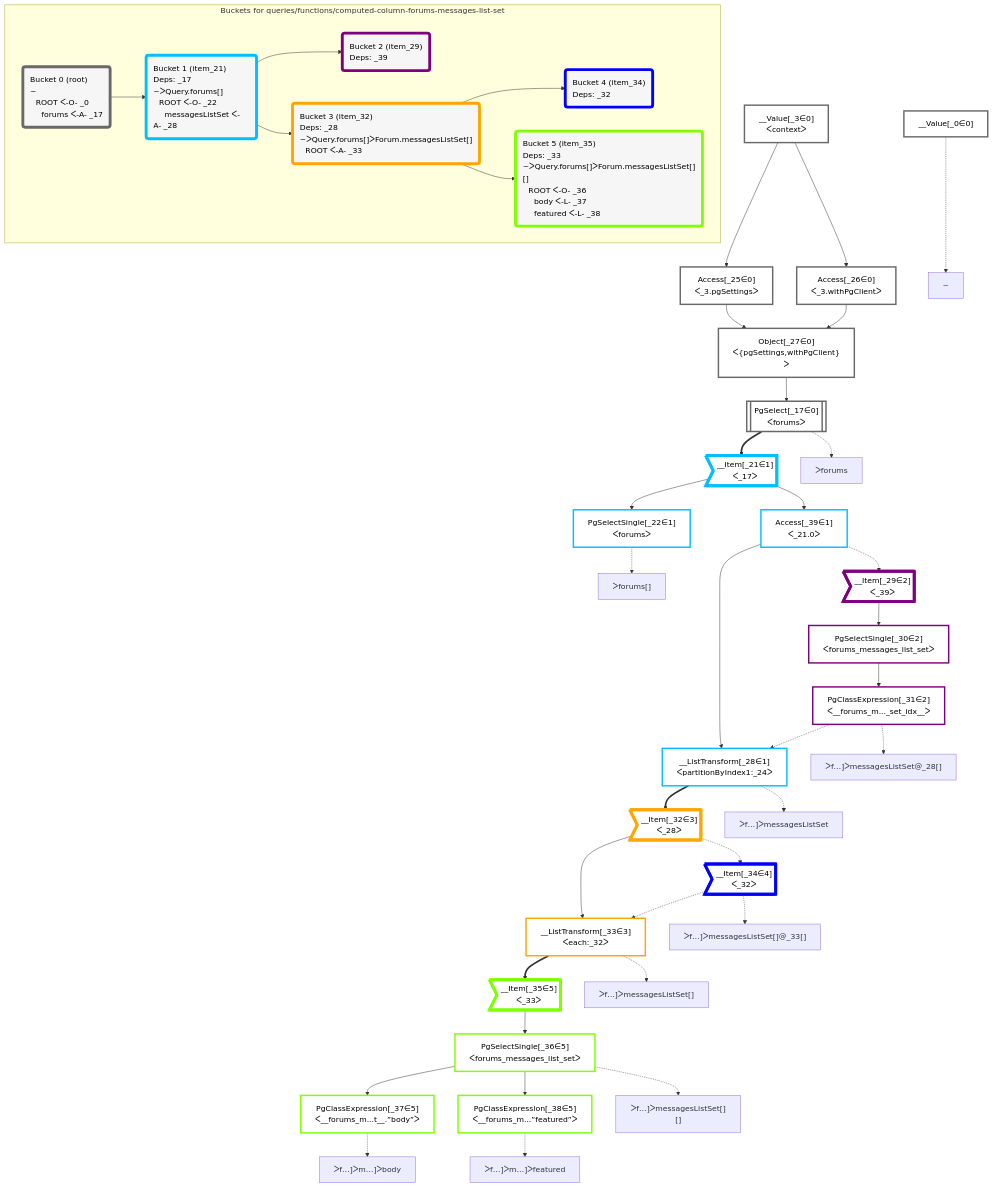
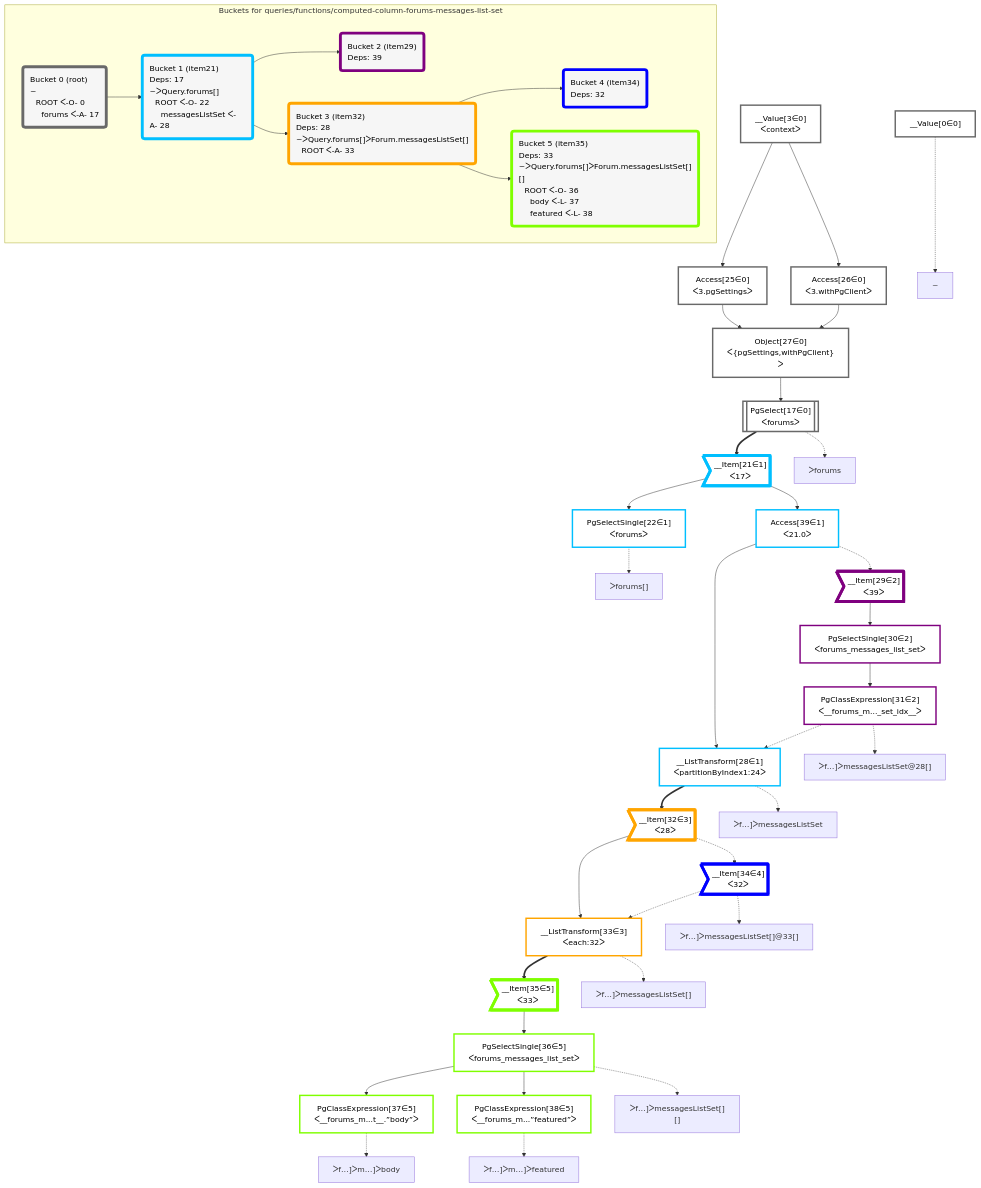
Before and after one commit to graphile/crystal: the diagram in packages/dataplan-pg/__tests__/queries/functions/computed-column-forums-messages-list-set.mermaid.md, drawn with Mermaid. The commit also changed 195 other files, not shown here.

```diff
--- a/packages/dataplan-pg/__tests__/queries/functions/computed-column-forums-messages-list-set.mermaid.md
+++ b/packages/dataplan-pg/__tests__/queries/functions/computed-column-forums-messages-list-set.mermaid.md
@@ -8,90 +8,90 @@
 
 
     %% define plans
-    __Value_0["__Value[_0∈0]"]:::plan
-    PgSelectSingle_22["PgSelectSingle[_22∈1]<br />ᐸforumsᐳ"]:::plan
-    PgClassExpression_37["PgClassExpression[_37∈5]<br />ᐸ__forums_m...t__.”body”ᐳ"]:::plan
-    PgClassExpression_38["PgClassExpression[_38∈5]<br />ᐸ__forums_m...”featured”ᐳ"]:::plan
-    PgSelectSingle_36["PgSelectSingle[_36∈5]<br />ᐸforums_messages_list_setᐳ"]:::plan
-    __Item_35>"__Item[_35∈5]<br />ᐸ_33ᐳ"]:::itemplan
-    __ListTransform_33["__ListTransform[_33∈3]<br />ᐸeach:_32ᐳ"]:::plan
-    __Item_34>"__Item[_34∈4]<br />ᐸ_32ᐳ"]:::itemplan
-    __Item_32>"__Item[_32∈3]<br />ᐸ_28ᐳ"]:::itemplan
-    __ListTransform_28["__ListTransform[_28∈1]<br />ᐸpartitionByIndex1:_24ᐳ"]:::plan
-    PgClassExpression_31["PgClassExpression[_31∈2]<br />ᐸ__forums_m..._set_idx__ᐳ"]:::plan
-    PgSelectSingle_30["PgSelectSingle[_30∈2]<br />ᐸforums_messages_list_setᐳ"]:::plan
-    __Item_29>"__Item[_29∈2]<br />ᐸ_39ᐳ"]:::itemplan
-    Access_39["Access[_39∈1]<br />ᐸ_21.0ᐳ"]:::plan
-    __Item_21>"__Item[_21∈1]<br />ᐸ_17ᐳ"]:::itemplan
-    PgSelect_17[["PgSelect[_17∈0]<br />ᐸforumsᐳ"]]:::plan
-    Object_27["Object[_27∈0]<br />ᐸ{pgSettings,withPgClient}ᐳ"]:::plan
-    Access_25["Access[_25∈0]<br />ᐸ_3.pgSettingsᐳ"]:::plan
-    Access_26["Access[_26∈0]<br />ᐸ_3.withPgClientᐳ"]:::plan
-    __Value_3["__Value[_3∈0]<br />ᐸcontextᐳ"]:::plan
+    __Value0["__Value[0∈0]"]:::plan
+    PgSelectSingle22["PgSelectSingle[22∈1]<br />ᐸforumsᐳ"]:::plan
+    PgClassExpression37["PgClassExpression[37∈5]<br />ᐸ__forums_m...t__.”body”ᐳ"]:::plan
+    PgClassExpression38["PgClassExpression[38∈5]<br />ᐸ__forums_m...”featured”ᐳ"]:::plan
+    PgSelectSingle36["PgSelectSingle[36∈5]<br />ᐸforums_messages_list_setᐳ"]:::plan
+    __Item35>"__Item[35∈5]<br />ᐸ33ᐳ"]:::itemplan
+    __ListTransform33["__ListTransform[33∈3]<br />ᐸeach:32ᐳ"]:::plan
+    __Item34>"__Item[34∈4]<br />ᐸ32ᐳ"]:::itemplan
+    __Item32>"__Item[32∈3]<br />ᐸ28ᐳ"]:::itemplan
+    __ListTransform28["__ListTransform[28∈1]<br />ᐸpartitionByIndex1:24ᐳ"]:::plan
+    PgClassExpression31["PgClassExpression[31∈2]<br />ᐸ__forums_m..._set_idx__ᐳ"]:::plan
+    PgSelectSingle30["PgSelectSingle[30∈2]<br />ᐸforums_messages_list_setᐳ"]:::plan
+    __Item29>"__Item[29∈2]<br />ᐸ39ᐳ"]:::itemplan
+    Access39["Access[39∈1]<br />ᐸ21.0ᐳ"]:::plan
+    __Item21>"__Item[21∈1]<br />ᐸ17ᐳ"]:::itemplan
+    PgSelect17[["PgSelect[17∈0]<br />ᐸforumsᐳ"]]:::plan
+    Object27["Object[27∈0]<br />ᐸ{pgSettings,withPgClient}ᐳ"]:::plan
+    Access25["Access[25∈0]<br />ᐸ3.pgSettingsᐳ"]:::plan
+    Access26["Access[26∈0]<br />ᐸ3.withPgClientᐳ"]:::plan
+    __Value3["__Value[3∈0]<br />ᐸcontextᐳ"]:::plan
 
     %% plan dependencies
-    __Item_21 --> PgSelectSingle_22
-    PgSelectSingle_36 --> PgClassExpression_37
-    PgSelectSingle_36 --> PgClassExpression_38
-    __Item_35 --> PgSelectSingle_36
-    __ListTransform_33 ==> __Item_35
-    __Item_32 --> __ListTransform_33
-    __Item_34 -.-> __ListTransform_33
-    __Item_32 -.-> __Item_34
-    __ListTransform_28 ==> __Item_32
-    Access_39 --> __ListTransform_28
-    PgClassExpression_31 -.-> __ListTransform_28
-    PgSelectSingle_30 --> PgClassExpression_31
-    __Item_29 --> PgSelectSingle_30
-    Access_39 -.-> __Item_29
-    __Item_21 --> Access_39
-    PgSelect_17 ==> __Item_21
-    Object_27 --> PgSelect_17
-    Access_25 & Access_26 --> Object_27
-    __Value_3 --> Access_25
-    __Value_3 --> Access_26
+    __Item21 --> PgSelectSingle22
+    PgSelectSingle36 --> PgClassExpression37
+    PgSelectSingle36 --> PgClassExpression38
+    __Item35 --> PgSelectSingle36
+    __ListTransform33 ==> __Item35
+    __Item32 --> __ListTransform33
+    __Item34 -.-> __ListTransform33
+    __Item32 -.-> __Item34
+    __ListTransform28 ==> __Item32
+    Access39 --> __ListTransform28
+    PgClassExpression31 -.-> __ListTransform28
+    PgSelectSingle30 --> PgClassExpression31
+    __Item29 --> PgSelectSingle30
+    Access39 -.-> __Item29
+    __Item21 --> Access39
+    PgSelect17 ==> __Item21
+    Object27 --> PgSelect17
+    Access25 & Access26 --> Object27
+    __Value3 --> Access25
+    __Value3 --> Access26
 
     %% plan-to-path relationships
-    P_0["~"]
-    __Value_0 -.-> P_0
-    P_17["ᐳforums"]
-    PgSelect_17 -.-> P_17
-    P_22["ᐳforums[]"]
-    PgSelectSingle_22 -.-> P_22
-    P_28["ᐳf…]ᐳmessagesListSet"]
-    __ListTransform_28 -.-> P_28
-    P_31["ᐳf…]ᐳmessagesListSet@_28[]"]
-    PgClassExpression_31 -.-> P_31
-    P_33["ᐳf…]ᐳmessagesListSet[]"]
-    __ListTransform_33 -.-> P_33
-    P_34["ᐳf…]ᐳmessagesListSet[]@_33[]"]
-    __Item_34 -.-> P_34
-    P_36["ᐳf…]ᐳmessagesListSet[][]"]
-    PgSelectSingle_36 -.-> P_36
-    P_37["ᐳf…]ᐳm…]ᐳbody"]
-    PgClassExpression_37 -.-> P_37
-    P_38["ᐳf…]ᐳm…]ᐳfeatured"]
-    PgClassExpression_38 -.-> P_38
+    P0["~"]
+    __Value0 -.-> P0
+    P17["ᐳforums"]
+    PgSelect17 -.-> P17
+    P22["ᐳforums[]"]
+    PgSelectSingle22 -.-> P22
+    P28["ᐳf…]ᐳmessagesListSet"]
+    __ListTransform28 -.-> P28
+    P31["ᐳf…]ᐳmessagesListSet@28[]"]
+    PgClassExpression31 -.-> P31
+    P33["ᐳf…]ᐳmessagesListSet[]"]
+    __ListTransform33 -.-> P33
+    P34["ᐳf…]ᐳmessagesListSet[]@33[]"]
+    __Item34 -.-> P34
+    P36["ᐳf…]ᐳmessagesListSet[][]"]
+    PgSelectSingle36 -.-> P36
+    P37["ᐳf…]ᐳm…]ᐳbody"]
+    PgClassExpression37 -.-> P37
+    P38["ᐳf…]ᐳm…]ᐳfeatured"]
+    PgClassExpression38 -.-> P38
 
     subgraph "Buckets for queries/functions/computed-column-forums-messages-list-set"
-    Bucket0("Bucket 0 (root)<br />~<br />⠀ROOT ᐸ-O- _0<br />⠀⠀forums ᐸ-A- _17"):::bucket
+    Bucket0("Bucket 0 (root)<br />~<br />⠀ROOT ᐸ-O- 0<br />⠀⠀forums ᐸ-A- 17"):::bucket
     classDef bucket0 stroke:#696969
-    class Bucket0,__Value_0,__Value_3,PgSelect_17,Access_25,Access_26,Object_27 bucket0
-    Bucket1("Bucket 1 (item_21)<br />Deps: _17<br />~ᐳQuery.forums[]<br />⠀ROOT ᐸ-O- _22<br />⠀⠀messagesListSet ᐸ-A- _28"):::bucket
+    class Bucket0,__Value0,__Value3,PgSelect17,Access25,Access26,Object27 bucket0
+    Bucket1("Bucket 1 (item21)<br />Deps: 17<br />~ᐳQuery.forums[]<br />⠀ROOT ᐸ-O- 22<br />⠀⠀messagesListSet ᐸ-A- 28"):::bucket
     classDef bucket1 stroke:#00bfff
-    class Bucket1,__Item_21,PgSelectSingle_22,__ListTransform_28,Access_39 bucket1
-    Bucket2("Bucket 2 (item_29)<br />Deps: _39"):::bucket
+    class Bucket1,__Item21,PgSelectSingle22,__ListTransform28,Access39 bucket1
+    Bucket2("Bucket 2 (item29)<br />Deps: 39"):::bucket
     classDef bucket2 stroke:#7f007f
-    class Bucket2,__Item_29,PgSelectSingle_30,PgClassExpression_31 bucket2
-    Bucket3("Bucket 3 (item_32)<br />Deps: _28<br />~ᐳQuery.forums[]ᐳForum.messagesListSet[]<br />⠀ROOT ᐸ-A- _33"):::bucket
+    class Bucket2,__Item29,PgSelectSingle30,PgClassExpression31 bucket2
+    Bucket3("Bucket 3 (item32)<br />Deps: 28<br />~ᐳQuery.forums[]ᐳForum.messagesListSet[]<br />⠀ROOT ᐸ-A- 33"):::bucket
     classDef bucket3 stroke:#ffa500
-    class Bucket3,__Item_32,__ListTransform_33 bucket3
-    Bucket4("Bucket 4 (item_34)<br />Deps: _32"):::bucket
+    class Bucket3,__Item32,__ListTransform33 bucket3
+    Bucket4("Bucket 4 (item34)<br />Deps: 32"):::bucket
     classDef bucket4 stroke:#0000ff
-    class Bucket4,__Item_34 bucket4
-    Bucket5("Bucket 5 (item_35)<br />Deps: _33<br />~ᐳQuery.forums[]ᐳForum.messagesListSet[][]<br />⠀ROOT ᐸ-O- _36<br />⠀⠀body ᐸ-L- _37<br />⠀⠀featured ᐸ-L- _38"):::bucket
+    class Bucket4,__Item34 bucket4
+    Bucket5("Bucket 5 (item35)<br />Deps: 33<br />~ᐳQuery.forums[]ᐳForum.messagesListSet[][]<br />⠀ROOT ᐸ-O- 36<br />⠀⠀body ᐸ-L- 37<br />⠀⠀featured ᐸ-L- 38"):::bucket
     classDef bucket5 stroke:#7fff00
-    class Bucket5,__Item_35,PgSelectSingle_36,PgClassExpression_37,PgClassExpression_38 bucket5
+    class Bucket5,__Item35,PgSelectSingle36,PgClassExpression37,PgClassExpression38 bucket5
     Bucket0 --> Bucket1
     Bucket1 --> Bucket2 & Bucket3
     Bucket3 --> Bucket4 & Bucket5
```
